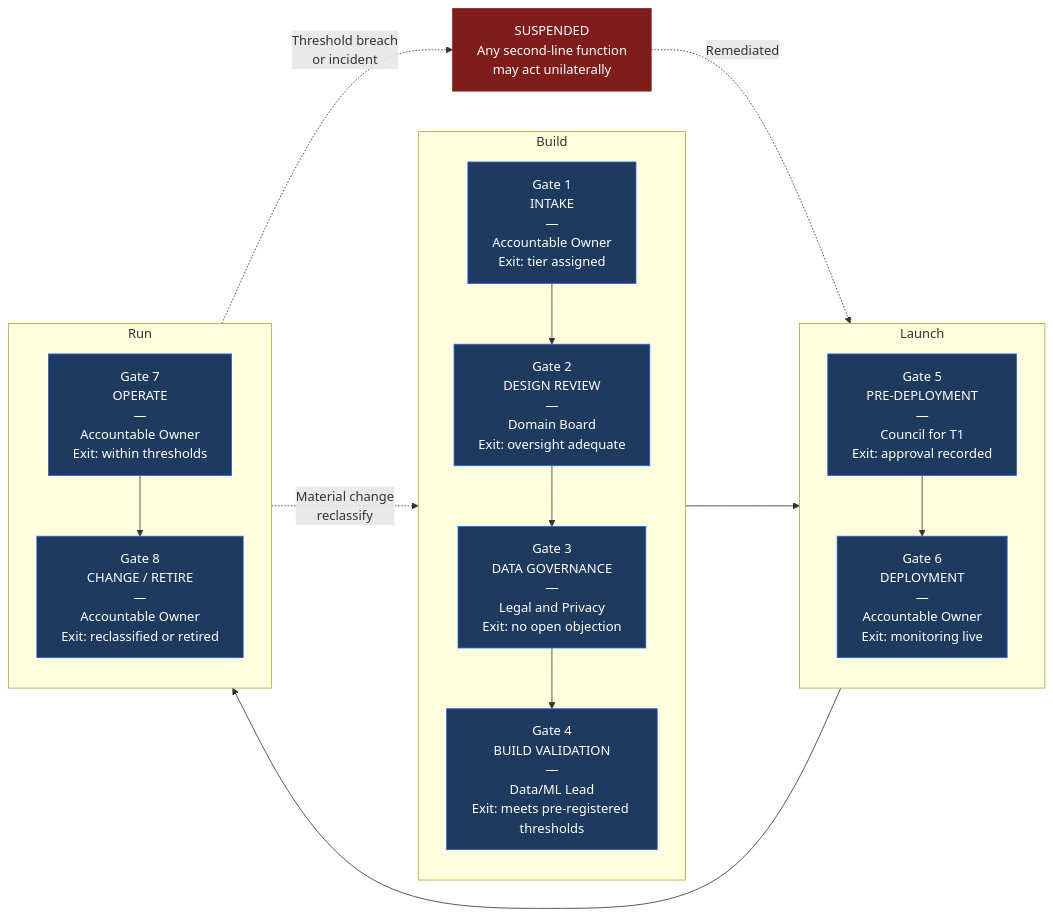
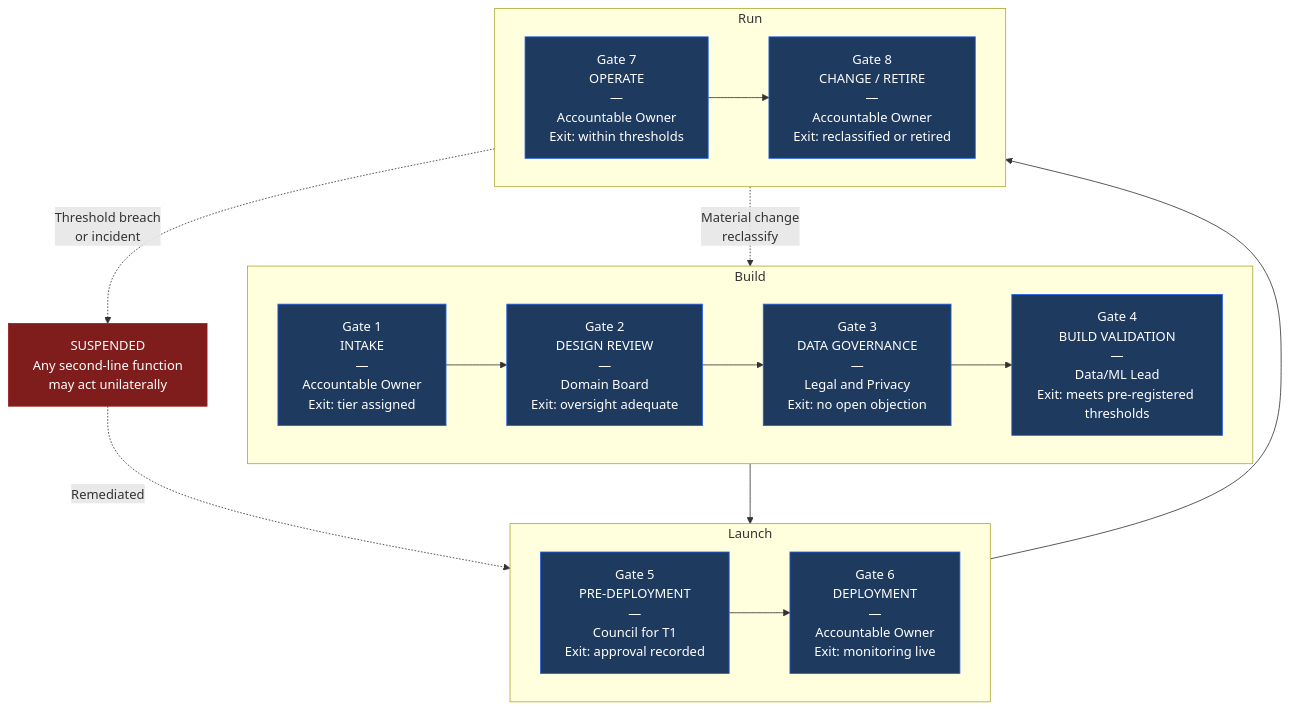
The diagram in architecture/diagrams/02-lifecycle-gates.md (CarltonBurney/AI-Neural-Governance), drawn with Mermaid before and after one commit. The commit also changed 11 other files, not shown here.

````diff
--- a/architecture/diagrams/02-lifecycle-gates.md
+++ b/architecture/diagrams/02-lifecycle-gates.md
@@ -5,36 +5,36 @@
 ```mermaid
-flowchart LR
+flowchart TB
     subgraph BUILD ["Build"]
-        direction TB
+        direction LR
         G1["Gate 1<br/>INTAKE<br/>—<br/>Accountable Owner<br/>Exit: tier assigned"]
         G2["Gate 2<br/>DESIGN REVIEW<br/>—<br/>Domain Board<br/>Exit: oversight adequate"]
         G3["Gate 3<br/>DATA GOVERNANCE<br/>—<br/>Legal and Privacy<br/>Exit: no open objection"]
         G4["Gate 4<br/>BUILD VALIDATION<br/>—<br/>Data/ML Lead<br/>Exit: meets pre-registered thresholds"]
         G1 --> G2 --> G3 --> G4
     end
 
     subgraph LAUNCH ["Launch"]
-        direction TB
+        direction LR
         G5["Gate 5<br/>PRE-DEPLOYMENT<br/>—<br/>Council for T1<br/>Exit: approval recorded"]
         G6["Gate 6<br/>DEPLOYMENT<br/>—<br/>Accountable Owner<br/>Exit: monitoring live"]
         G5 --> G6
     end
 
     subgraph RUN ["Run"]
-        direction TB
+        direction LR
         G7["Gate 7<br/>OPERATE<br/>—<br/>Accountable Owner<br/>Exit: within thresholds"]
         G8["Gate 8<br/>CHANGE / RETIRE<br/>—<br/>Accountable Owner<br/>Exit: reclassified or retired"]
         G7 --> G8
     end
 
     G4 --> G5
     G6 --> G7
     G8 -.->|"Material change<br/>reclassify"| G1
     G7 -.->|"Threshold breach<br/>or incident"| SUSPEND["SUSPENDED<br/>Any second-line function<br/>may act unilaterally"]
     SUSPEND -.->|"Remediated"| G5
 
     classDef gate fill:#1e3a5f,stroke:#2563eb,color:#fff
     classDef stop fill:#7f1d1d,stroke:#991b1b,color:#fff
     class G1,G2,G3,G4,G5,G6,G7,G8 gate
     class SUSPEND stop
 ```
````
